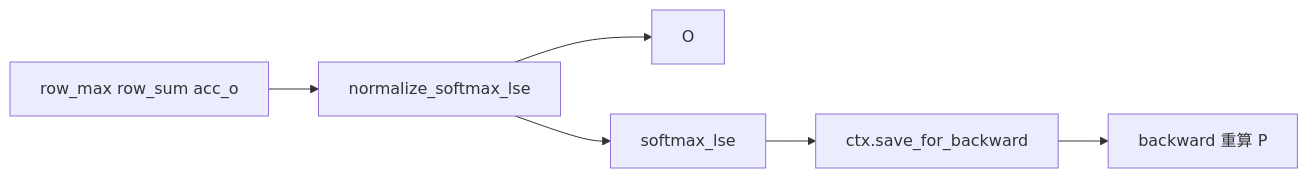
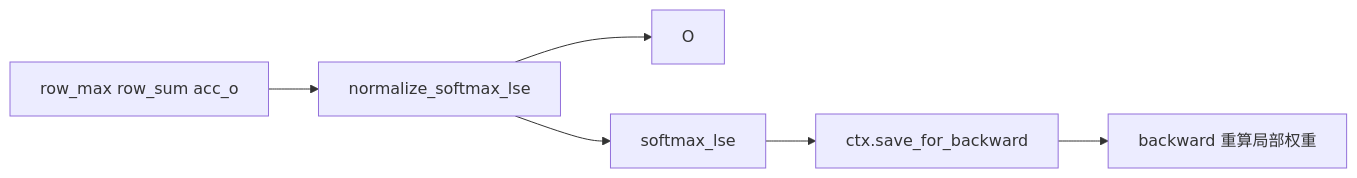
The third of 3 diagrams in flash-attn_reading/原理基础/Online-Softmax/FlashAttention-Online-Softmax-数据流.md (OnlyHero5/sglang-reading-vault), drawn with Mermaid before and after one commit. The commit also changed other lines of this file and 512 other files, not shown here.

````diff
--- a/flash-attn_reading/原理基础/Online-Softmax/FlashAttention-Online-Softmax-数据流.md
+++ b/flash-attn_reading/原理基础/Online-Softmax/FlashAttention-Online-Softmax-数据流.md
@@ -106,11 +106,11 @@
 ```mermaid
 flowchart LR
     A["row_max row_sum acc_o"]
     N["normalize_softmax_lse"]
     O["O"]
     L["softmax_lse"]
     C["ctx.save_for_backward"]
-    B["backward 重算 P"]
+    B["backward 重算局部权重"]
     A --> N --> O
     N --> L --> C --> B
 ```
````
